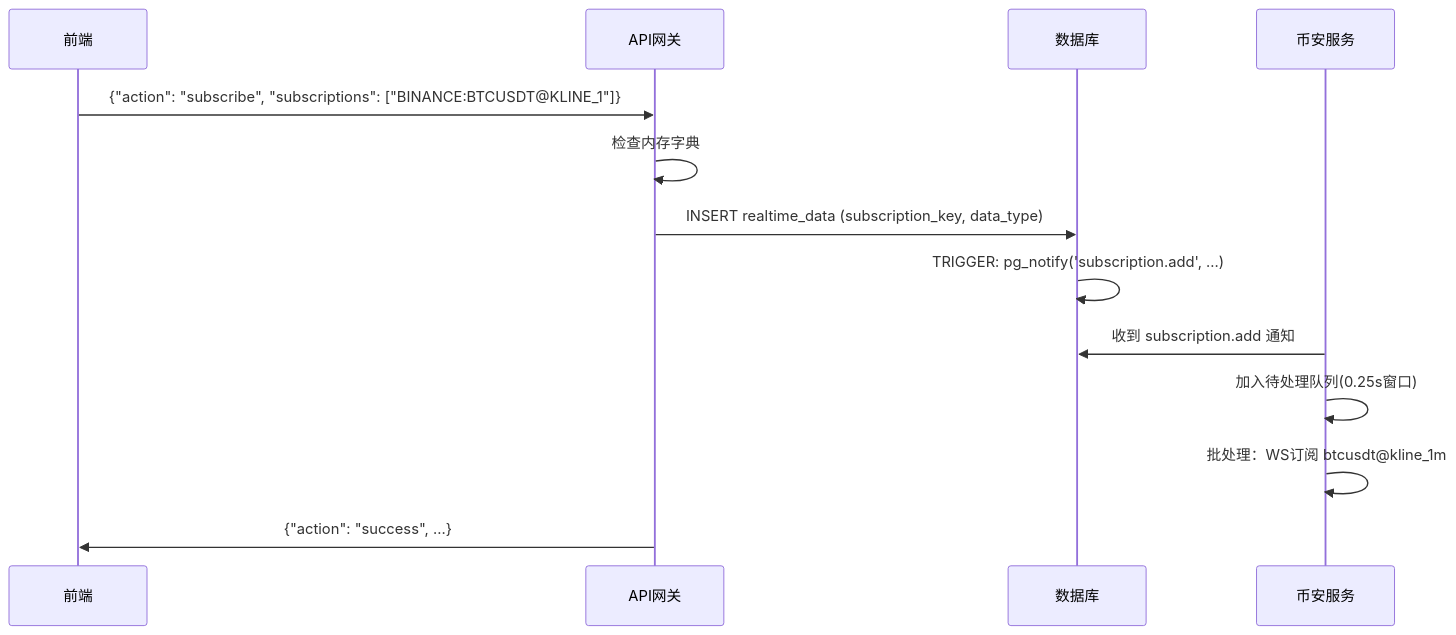
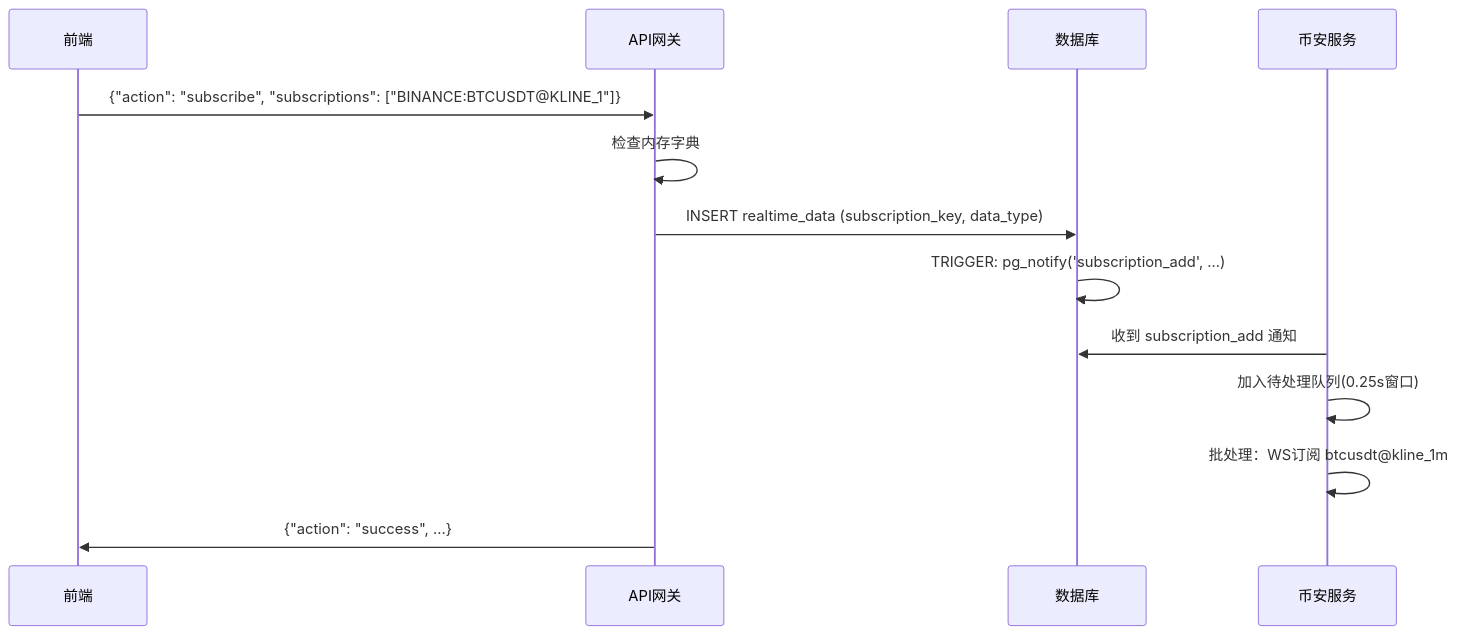
Before and after one commit to mj2154/quant-trading-system-2602: the third of 8 diagrams in docs/backend/design/01-task-subscription.md, drawn with Mermaid. The commit also changed other lines of this file and 32 other files, not shown here.

````diff
--- a/docs/backend/design/01-task-subscription.md
+++ b/docs/backend/design/01-task-subscription.md
@@ -990,19 +990,19 @@
 ```mermaid
 sequenceDiagram
     participant Front as 前端
     participant APIGW as API网关
     participant DB as 数据库
     participant Binance as 币安服务
 
     Front->>APIGW: {"action": "subscribe", "subscriptions": ["BINANCE:BTCUSDT@KLINE_1"]}
 
     APIGW->>APIGW: 检查内存字典
     APIGW->>DB: INSERT realtime_data (subscription_key, data_type)
-    DB->>DB: TRIGGER: pg_notify('subscription.add', ...)
+    DB->>DB: TRIGGER: pg_notify('subscription_add', ...)
 
-    Binance->>DB: 收到 subscription.add 通知
+    Binance->>DB: 收到 subscription_add 通知
     Binance->>Binance: 加入待处理队列(0.25s窗口)
     Binance->>Binance: 批处理：WS订阅 btcusdt@kline_1m
 
     APIGW->>Front: {"action": "success", ...}
 ```
````
